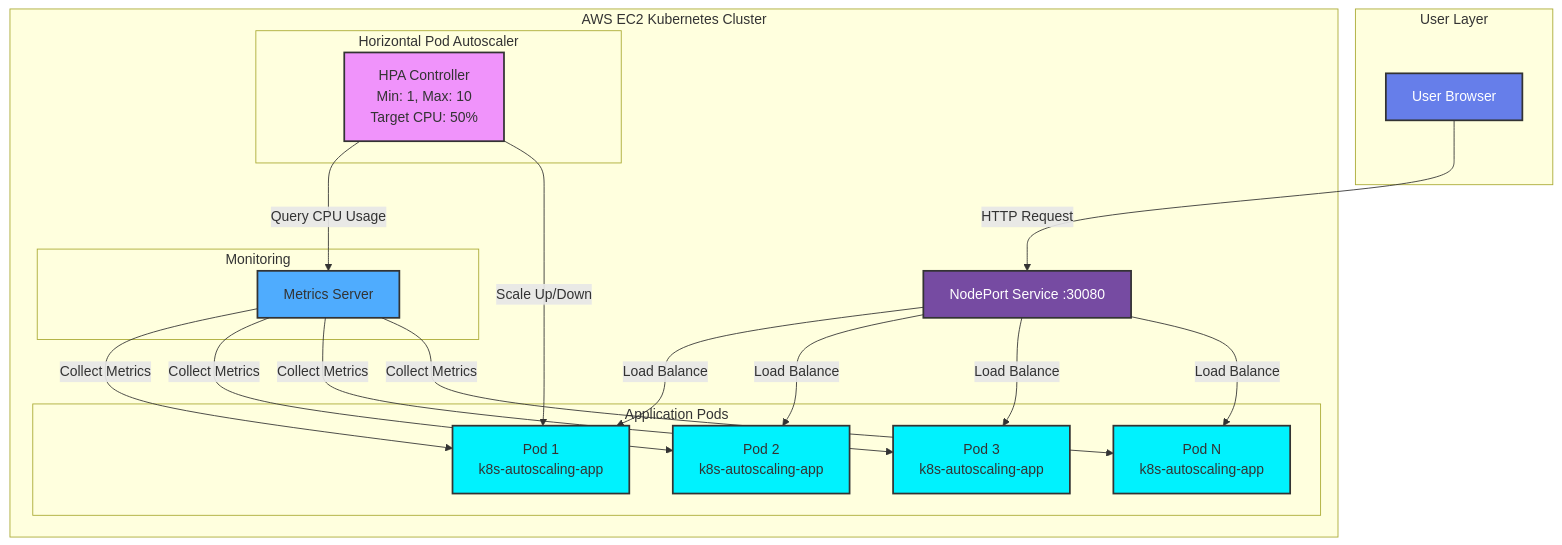
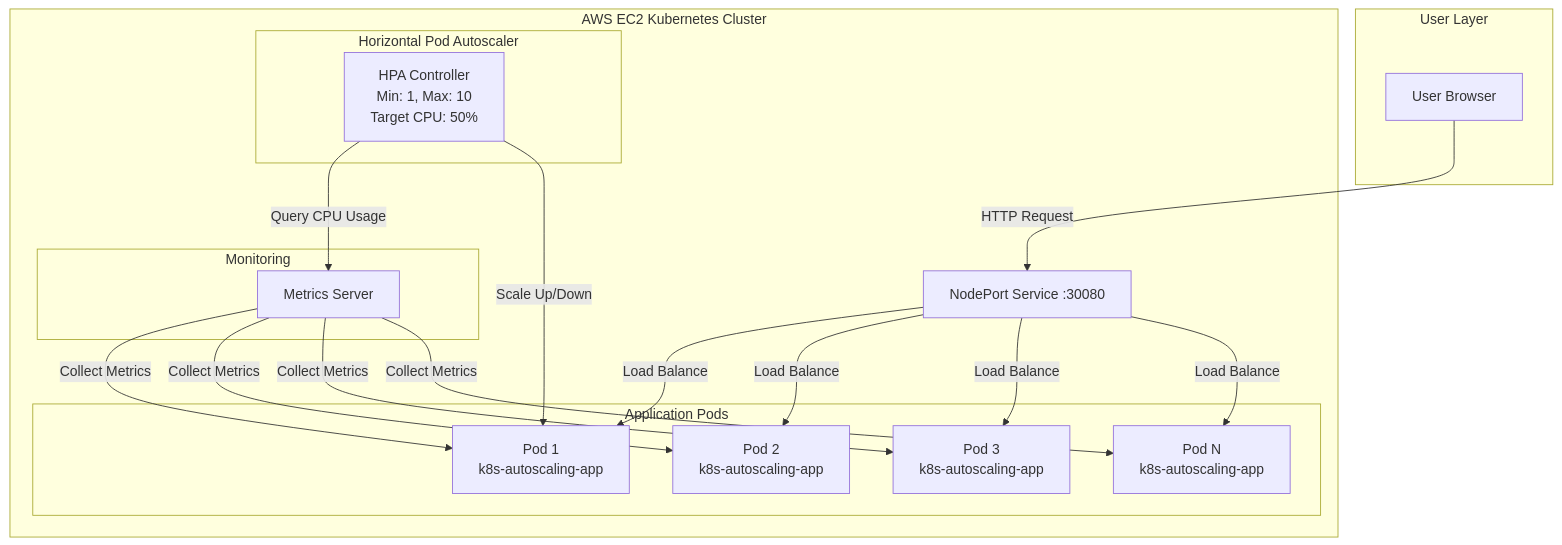
The first of 2 diagrams in README.md (Adamo-97/k8s_autoscaling), drawn with Mermaid before and after one commit.

Commit message:
Remove unused styles from architecture diagram in README.md

````diff
--- a/README.md
+++ b/README.md
@@ -19,48 +19,40 @@
 ```mermaid
 graph TB
     subgraph "User Layer"
         A[User Browser]
     end
     
     subgraph "AWS EC2 Kubernetes Cluster"
         B[NodePort Service :30080]
         
         subgraph "Horizontal Pod Autoscaler"
             HPA[HPA Controller<br/>Min: 1, Max: 10<br/>Target CPU: 50%]
         end
         
         subgraph "Application Pods"
             C1[Pod 1<br/>k8s-autoscaling-app]
             C2[Pod 2<br/>k8s-autoscaling-app]
             C3[Pod 3<br/>k8s-autoscaling-app]
             C4[Pod N<br/>k8s-autoscaling-app]
         end
         
         subgraph "Monitoring"
             MS[Metrics Server]
         end
     end
     
     A -->|HTTP Request| B
     B -->|Load Balance| C1
     B -->|Load Balance| C2
     B -->|Load Balance| C3
     B -->|Load Balance| C4
     
     MS -->|Collect Metrics| C1
     MS -->|Collect Metrics| C2
     MS -->|Collect Metrics| C3
     MS -->|Collect Metrics| C4
     
     HPA -->|Query CPU Usage| MS
     HPA -->|Scale Up/Down| C1
     
-    style A fill:#667eea,stroke:#333,stroke-width:2px,color:#fff
-    style B fill:#764ba2,stroke:#333,stroke-width:2px,color:#fff
-    style HPA fill:#f093fb,stroke:#333,stroke-width:2px
-    style MS fill:#4facfe,stroke:#333,stroke-width:2px
-    style C1 fill:#00f2fe,stroke:#333,stroke-width:2px
-    style C2 fill:#00f2fe,stroke:#333,stroke-width:2px
-    style C3 fill:#00f2fe,stroke:#333,stroke-width:2px
-    style C4 fill:#00f2fe,stroke:#333,stroke-width:2px
 ```
````
